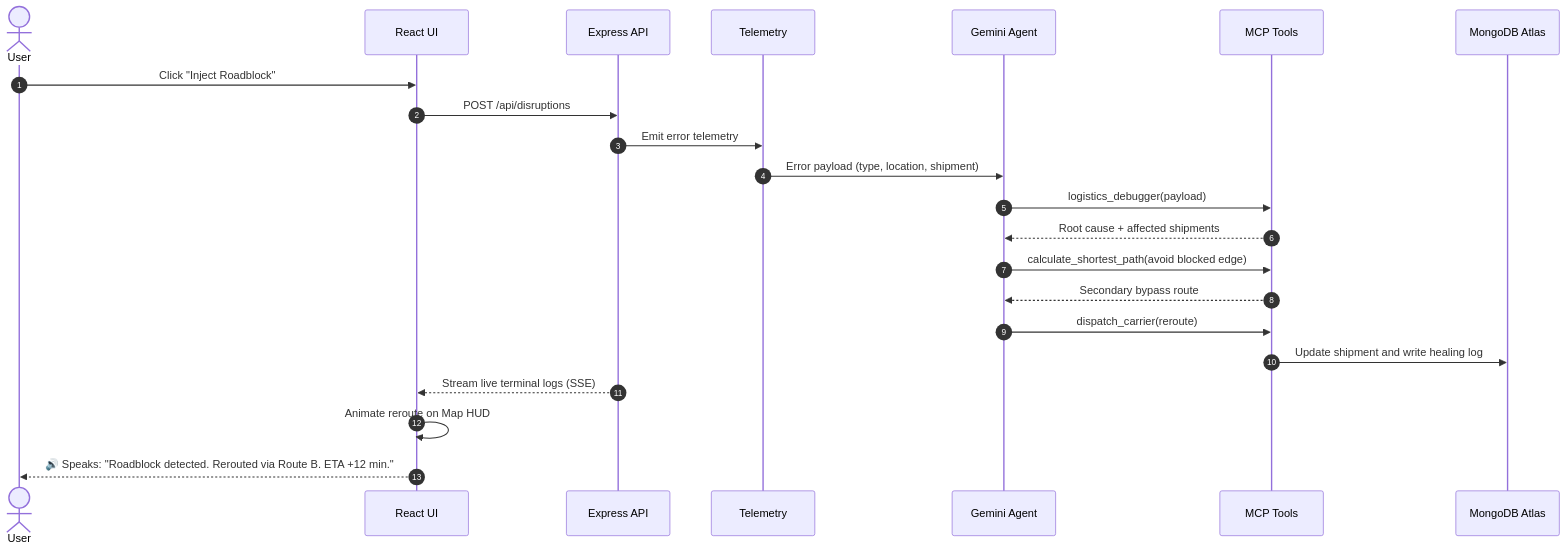
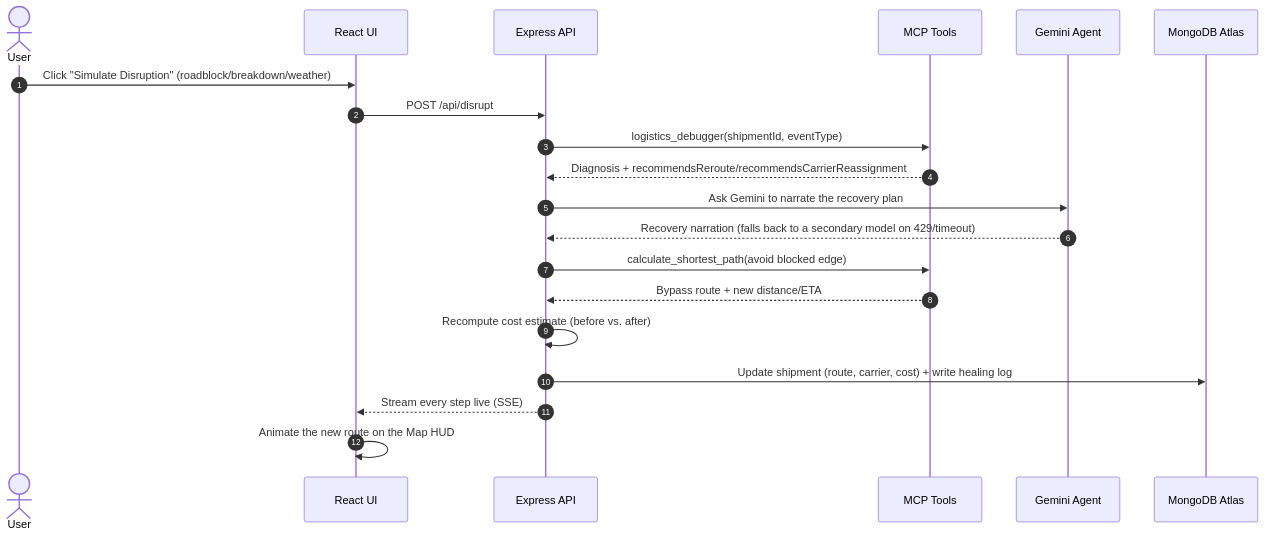
The third of 5 diagrams in README.md (vicky-510/A2V-Logistics), drawn with Mermaid before and after one commit. The commit also changed other lines of this file, not shown here.

Commit message:
Remove remaining voice/speak references from README
Project is text-only conversational (no Web Speech API). Also
corrected the self-healing sequence diagram to match the real
backend flow (no separate dispatch_carrier re-call on reroute;
added the cost re-estimation step).

````diff
--- a/README.md
+++ b/README.md
@@ -186,25 +186,23 @@
 ```mermaid
 sequenceDiagram
     autonumber
     actor User
     participant UI as React UI
     participant API as Express API
-    participant TEL as Telemetry
+    participant MCP as MCP Tools
     participant AI as Gemini Agent
-    participant MCP as MCP Tools
     participant DB as MongoDB Atlas
 
-    User->>UI: Click "Inject Roadblock"
-    UI->>API: POST /api/disruptions
-    API->>TEL: Emit error telemetry
-    TEL->>AI: Error payload (type, location, shipment)
-    AI->>MCP: logistics_debugger(payload)
-    MCP-->>AI: Root cause + affected shipments
-    AI->>MCP: calculate_shortest_path(avoid blocked edge)
-    MCP-->>AI: Secondary bypass route
-    AI->>MCP: dispatch_carrier(reroute)
-    MCP->>DB: Update shipment and write healing log
-    API-->>UI: Stream live terminal logs (SSE)
-    UI->>UI: Animate reroute on Map HUD
-    UI-->>User: 🔊 Speaks: "Roadblock detected. Rerouted via Route B. ETA +12 min."
+    User->>UI: Click "Simulate Disruption" (roadblock/breakdown/weather)
+    UI->>API: POST /api/disrupt
+    API->>MCP: logistics_debugger(shipmentId, eventType)
+    MCP-->>API: Diagnosis + recommendsReroute/recommendsCarrierReassignment
+    API->>AI: Ask Gemini to narrate the recovery plan
+    AI-->>API: Recovery narration (falls back to a secondary model on 429/timeout)
+    API->>MCP: calculate_shortest_path(avoid blocked edge)
+    MCP-->>API: Bypass route + new distance/ETA
+    API->>API: Recompute cost estimate (before vs. after)
+    API->>DB: Update shipment (route, carrier, cost) + write healing log
+    API-->>UI: Stream every step live (SSE)
+    UI->>UI: Animate the new route on the Map HUD
 ```
````
